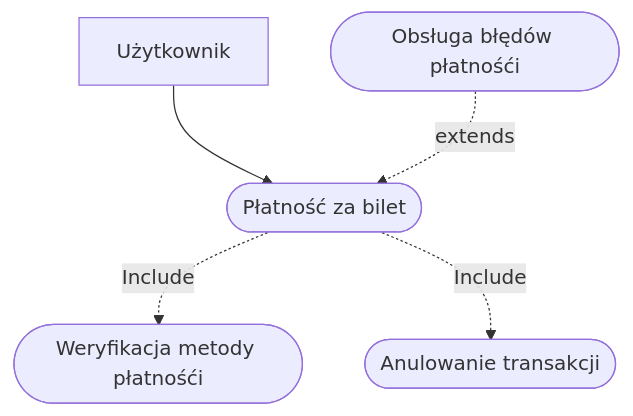
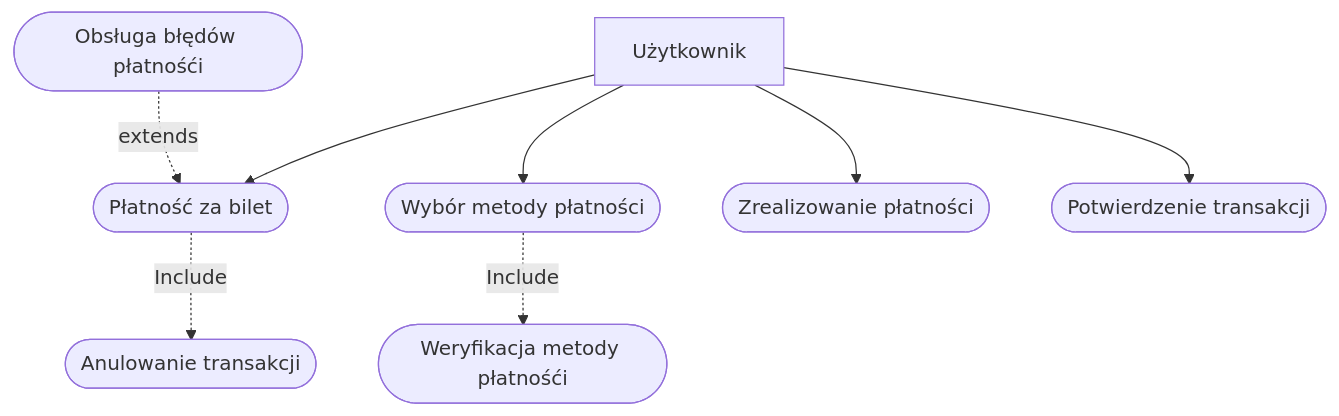
Before and after one commit to WGrot/MWO_LAB: the second of 5 diagrams in userStory.md, drawn with Mermaid.

````diff
--- a/userStory.md
+++ b/userStory.md
@@ -68,7 +68,20 @@
 ```mermaid
 flowchart TD
-    A[Użytkownik] -->B([Płatność za bilet])
-    B -.-> |Include| C([Weryfikacja metody płatnośći])
-    B -.-> |Include| D([Anulowanie transakcji])
-    E([Obsługa błędów płatnośći]) -.-> |extends| B
+    A[Użytkownik]
+    B([Płatność za bilet])
+    C([Weryfikacja metody płatnośći])
+    D([Anulowanie transakcji])
+    E([Obsługa błędów płatnośći])
+    F([Wybór metody płatności])
+    I([Zrealizowanie płatności])
+    J([Potwierdzenie transakcji])
+
+
+    A --> B
+    A --> F
+    A --> I
+    A --> J
+    F -.-> |Include| C
+    B -.-> |Include| D
+    E -.-> |extends| B
 ```
````
